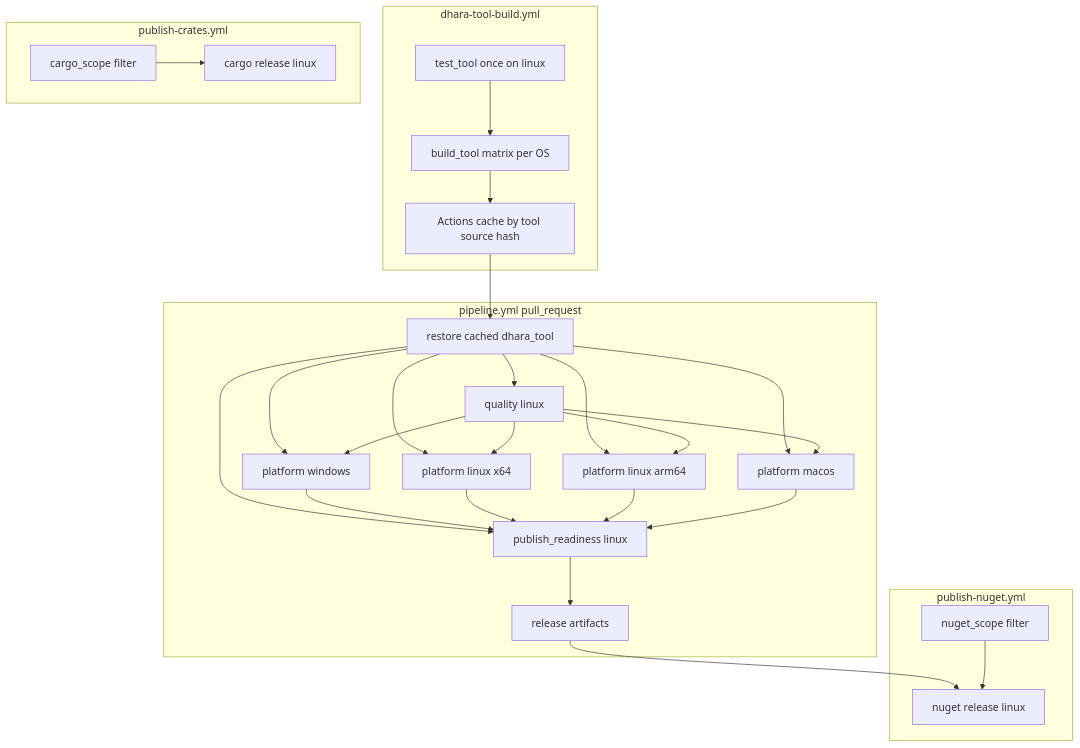
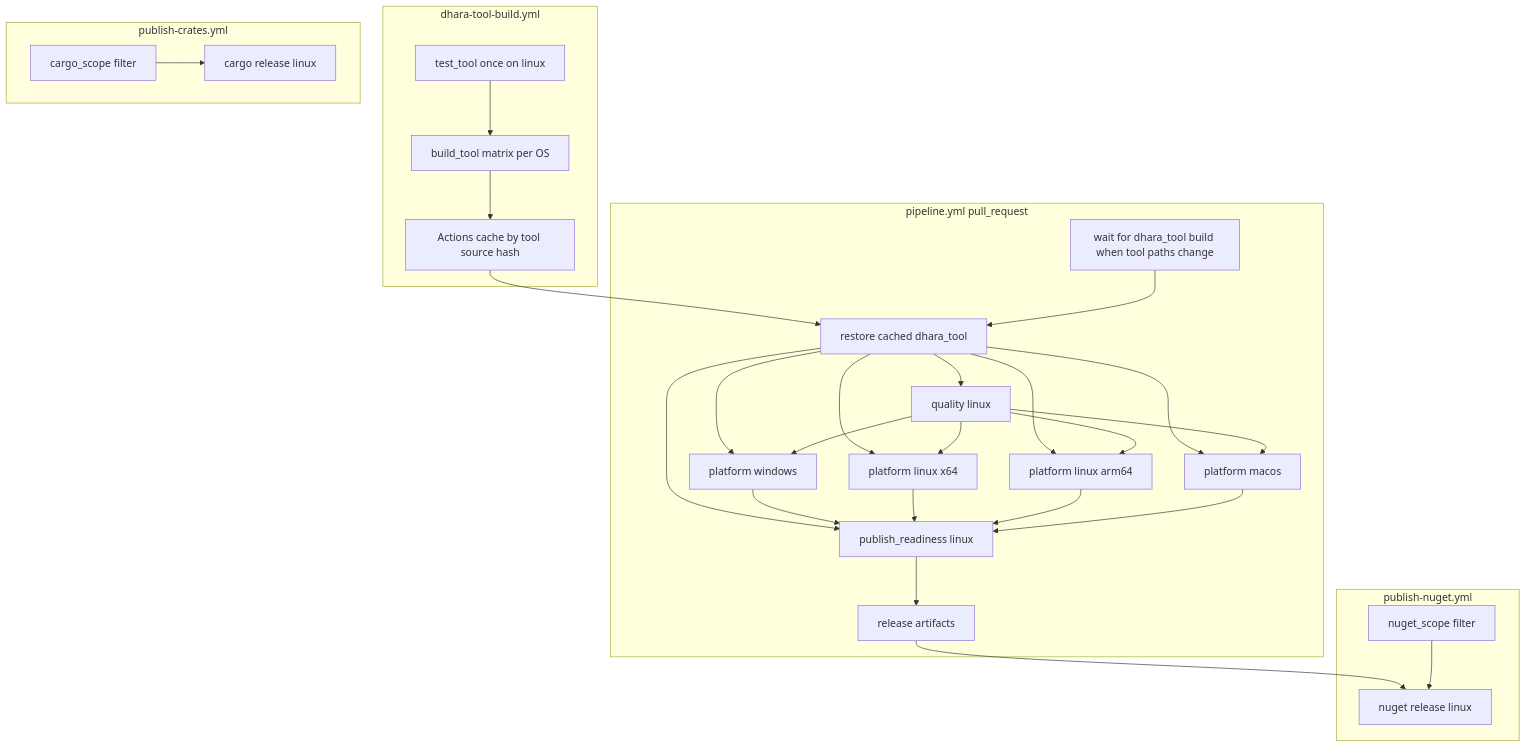
Before and after one commit to D-Naveenz/dhara_storage: the diagram in docs/ci-cd-pipelines.md, drawn with Mermaid. The commit also changed other lines of this file and 2 other files, not shown here.

First line of the commit message:
Wait for dhara-tool-build before pipeline restores tool.

````diff
--- a/docs/ci-cd-pipelines.md
+++ b/docs/ci-cd-pipelines.md
@@ -21,36 +21,38 @@
 ```mermaid
 flowchart TB
   subgraph tool_build ["dhara-tool-build.yml"]
     TT[test_tool once on linux]
     TB[build_tool matrix per OS]
     CACHE[Actions cache by tool source hash]
     TT --> TB --> CACHE
   end
 
   subgraph pr ["pipeline.yml pull_request"]
+    WAIT[wait for dhara_tool build when tool paths change]
     RST[restore cached dhara_tool]
     Q[quality linux]
     PW[platform windows]
     PL[platform linux x64]
     PLA[platform linux arm64]
     PM[platform macos]
     PR[publish_readiness linux]
     CACHE --> RST
+    WAIT --> RST
     RST --> Q & PW & PL & PLA & PM & PR
     Q --> PW & PL & PLA & PM --> PR
     PR --> ART[release artifacts]
   end
 
   subgraph cd_cargo ["publish-crates.yml"]
     FC[cargo_scope filter]
     CR[cargo release linux]
     FC --> CR
   end
 
   subgraph cd_nuget ["publish-nuget.yml"]
     FN[nuget_scope filter]
     NU[nuget release linux]
     ART --> NU
     FN --> NU
   end
 ```
````
